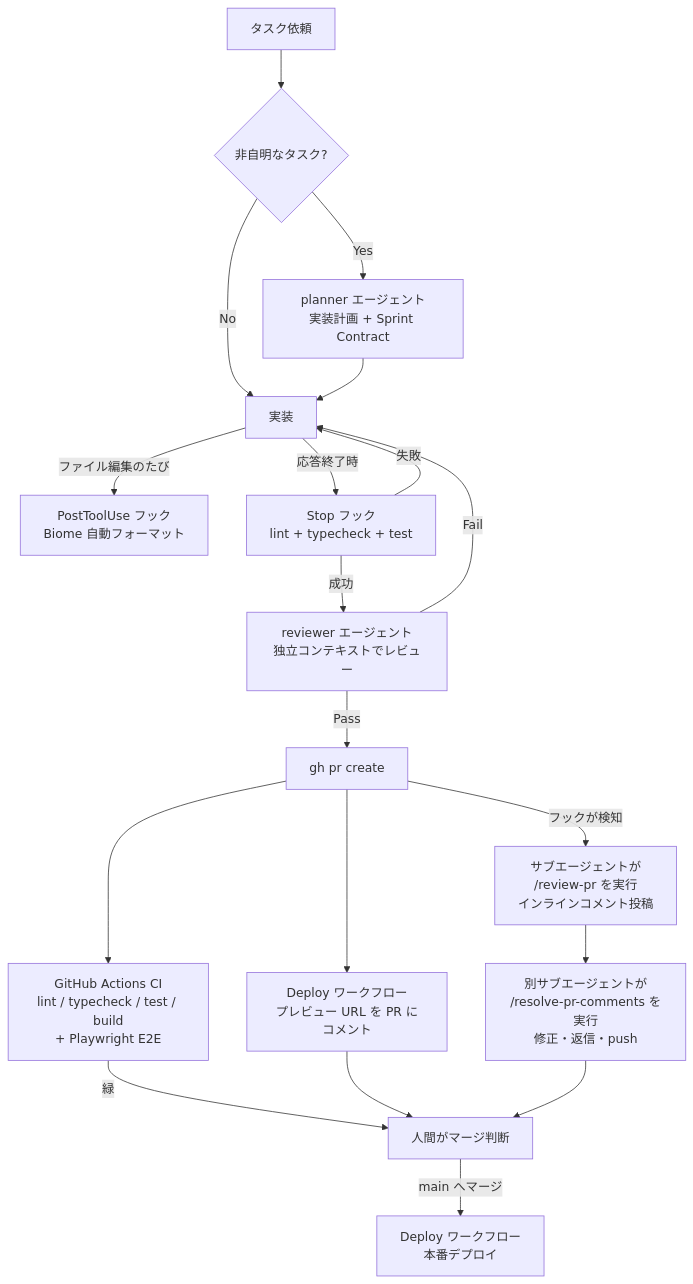
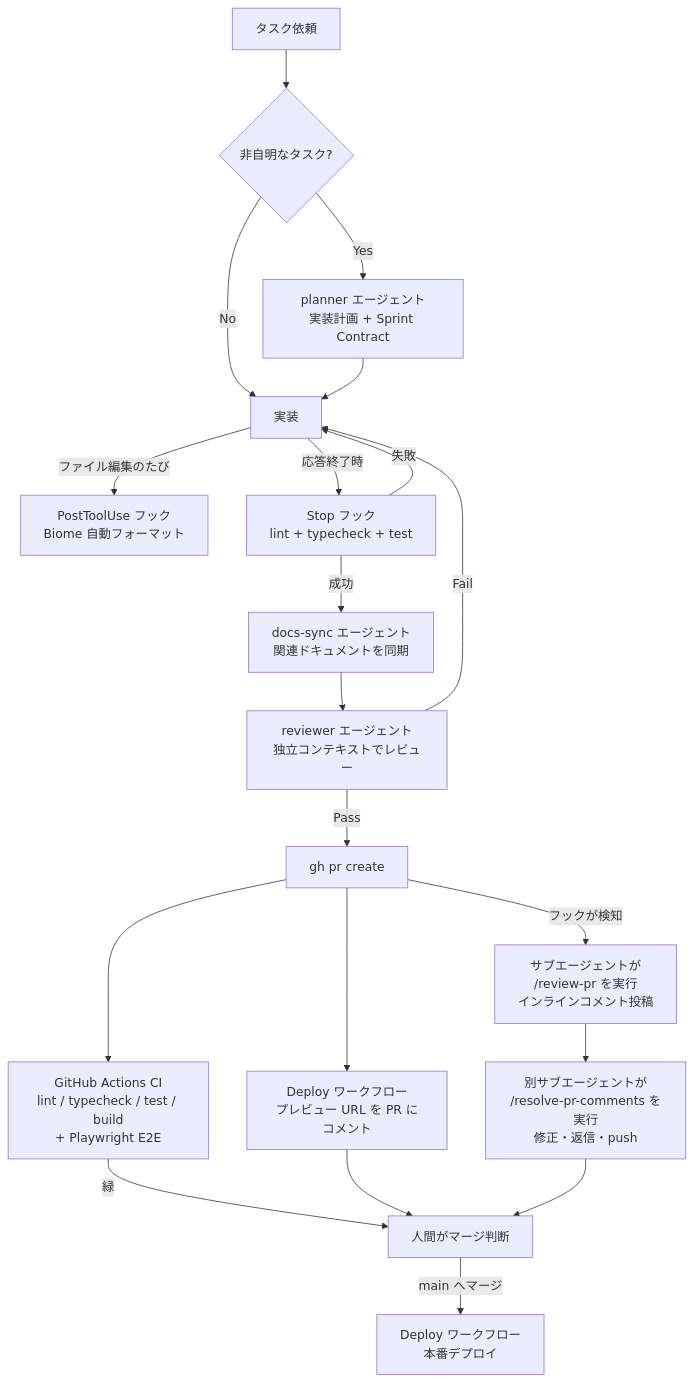
The diagram in docs/HARNESS.md (Suemura/client-side-image-converter), drawn with Mermaid before and after one commit. The commit also changed other lines of this file and 4 other files, not shown here.

````diff
--- a/docs/HARNESS.md
+++ b/docs/HARNESS.md
@@ -8,21 +8,22 @@
 ```mermaid
 flowchart TD
     A[タスク依頼] --> B{非自明なタスク?}
     B -- Yes --> C[planner エージェント<br>実装計画 + Sprint Contract]
     B -- No --> D[実装]
     C --> D
     D -- ファイル編集のたび --> E[PostToolUse フック<br>Biome 自動フォーマット]
     D -- 応答終了時 --> F[Stop フック<br>lint + typecheck + test]
     F -- 失敗 --> D
-    F -- 成功 --> G[reviewer エージェント<br>独立コンテキストでレビュー]
+    F -- 成功 --> N[docs-sync エージェント<br>関連ドキュメントを同期]
+    N --> G[reviewer エージェント<br>独立コンテキストでレビュー]
     G -- Fail --> D
     G -- Pass --> H[gh pr create]
     H -- フックが検知 --> I[サブエージェントが<br>/review-pr を実行<br>インラインコメント投稿]
     I --> J[別サブエージェントが<br>/resolve-pr-comments を実行<br>修正・返信・push]
     H --> K[GitHub Actions CI<br>lint / typecheck / test / build<br>+ Playwright E2E]
     H --> P[Deploy ワークフロー<br>プレビュー URL を PR にコメント]
     K -- 緑 --> L[人間がマージ判断]
     P --> L
     J --> L
     L -- main へマージ --> M[Deploy ワークフロー<br>本番デプロイ]
 ```
````
